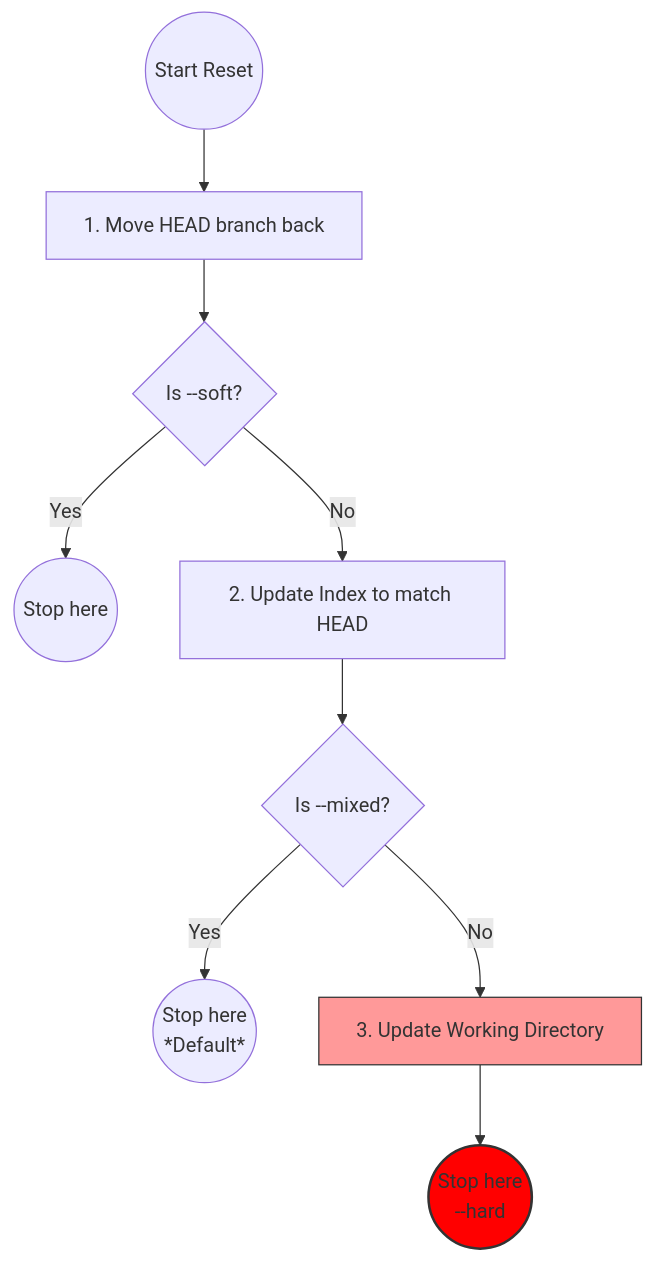
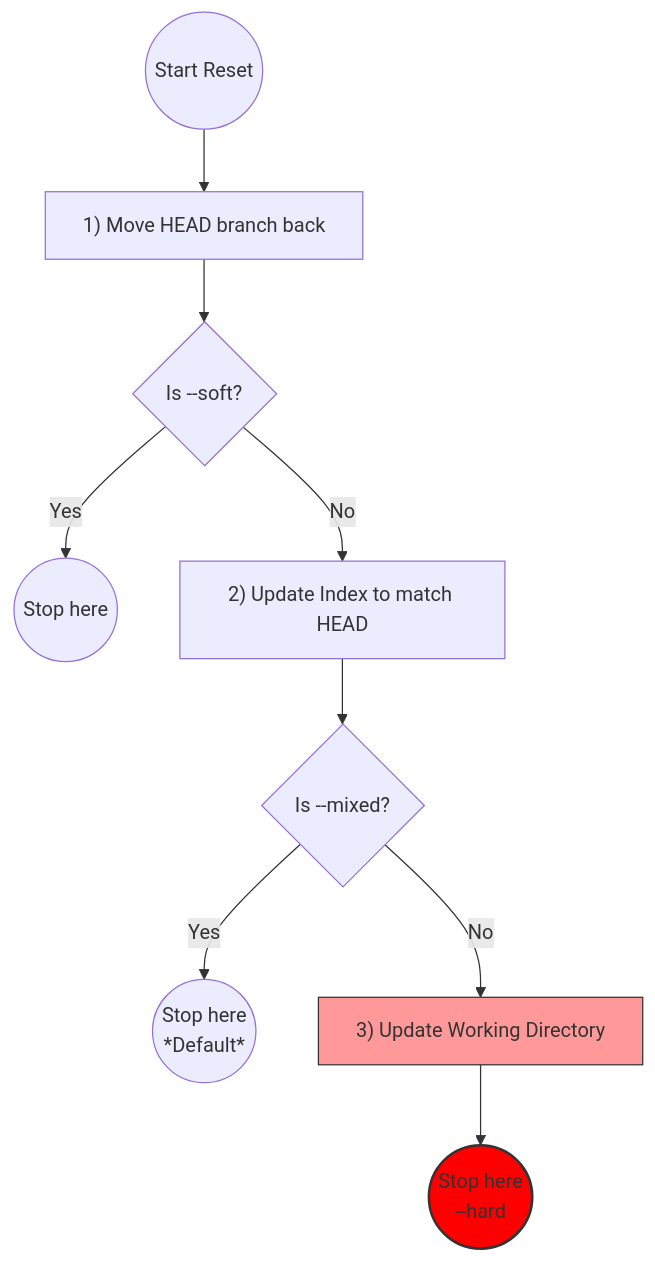
The sixth of 6 diagrams in Git/Untitled.md (muhammad-khaled-tech/Programming-Fundamentals-c-c-), drawn with Mermaid before and after one commit. The commit also changed 1 other file, not shown here.

Commit message:
programming fundamentals

````diff
--- a/Git/Untitled.md
+++ b/Git/Untitled.md
@@ -508,14 +508,14 @@
 ```mermaid
 graph TD
-    Start(("Start Reset")) --> Step1["1. Move HEAD branch back"]
+    Start(("Start Reset")) --> Step1["1) Move HEAD branch back"]
     Step1 --> Soft{"Is --soft?"}
     Soft -- Yes --> StopSoft(("Stop here"))
-    Soft -- No --> Step2["2. Update Index to match HEAD"]
+    Soft -- No --> Step2["2) Update Index to match HEAD"]
     Step2 --> Mixed{"Is --mixed?"}
     Mixed -- Yes --> StopMixed(("Stop here <br/> *Default*"))
-    Mixed -- No --> Step3["3. Update Working Directory"]
+    Mixed -- No --> Step3["3) Update Working Directory"]
     Step3 --> StopHard(("Stop here <br/> --hard"))
 
     style StopHard fill:#f00,stroke:#333,stroke-width:2px
     style Step3 fill:#f99,stroke:#333
 ```
````
